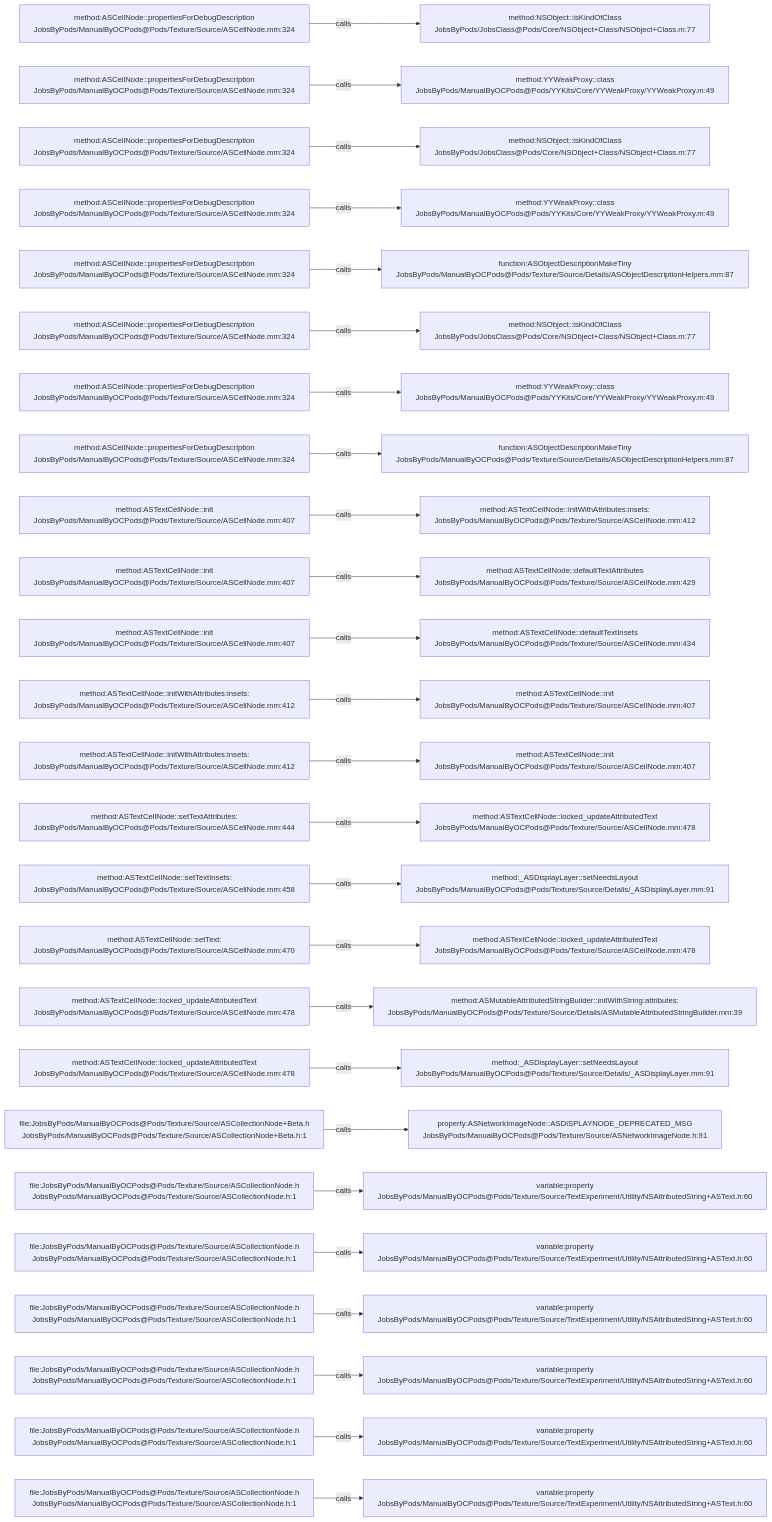
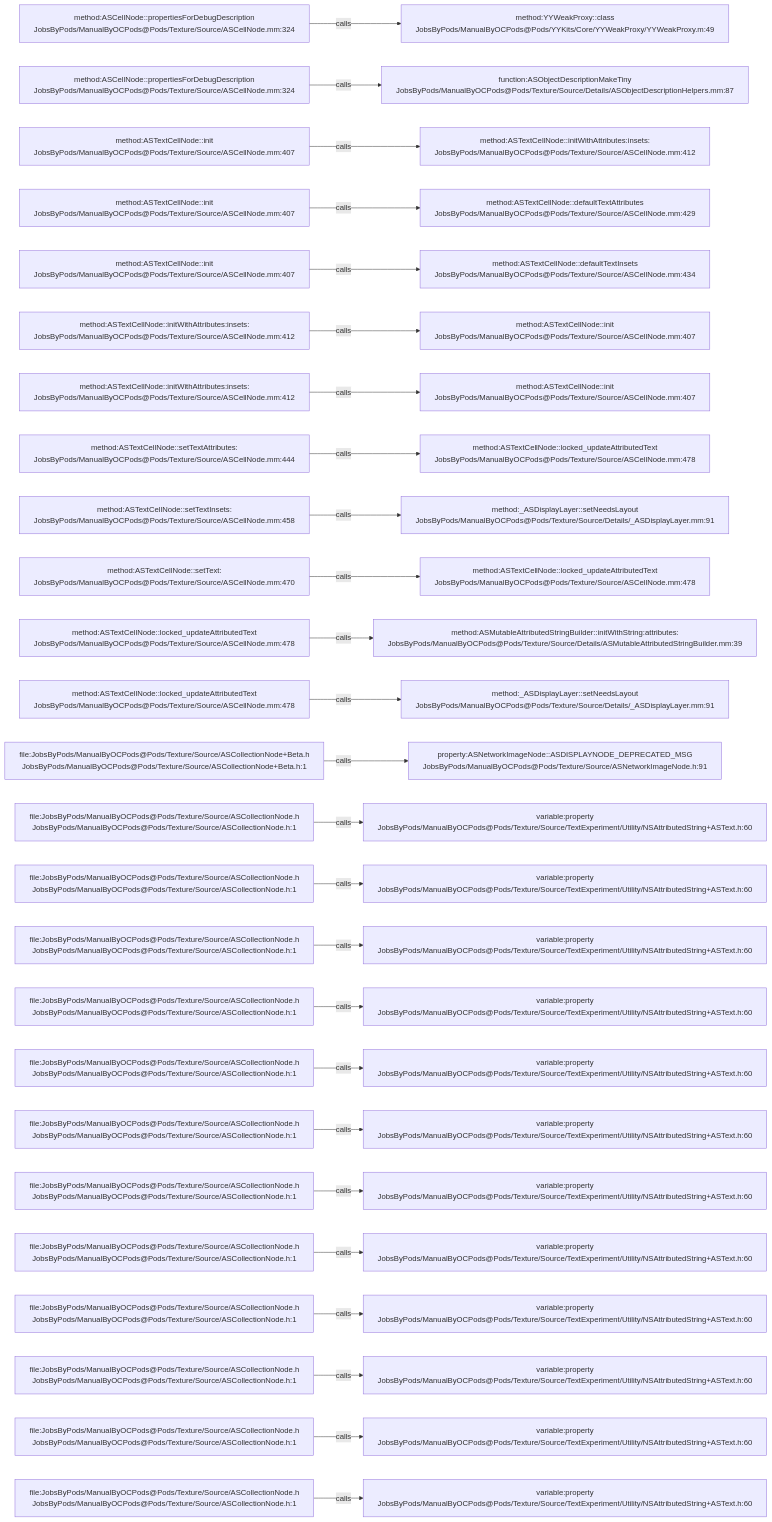
The diagram in .codegraph/codegraph.md/graphs/calls-066.md (JobsKits/JobsOCBaseConfigDemo), drawn with Mermaid before and after one commit. The commit also changed 666 other files, not shown here.

````diff
--- a/.codegraph/codegraph.md/graphs/calls-066.md
+++ b/.codegraph/codegraph.md/graphs/calls-066.md
@@ -13,78 +13,78 @@
 ```mermaid
 flowchart LR
   S1["method:ASCellNode::propertiesForDebugDescription<br/>JobsByPods/ManualByOCPods@Pods/Texture/Source/ASCellNode.mm:324"]
-  T1["method:NSObject::isKindOfClass<br/>JobsByPods/JobsClass@Pods/Core/NSObject+Class/NSObject+Class.m:77"]
+  T1["method:YYWeakProxy::class<br/>JobsByPods/ManualByOCPods@Pods/YYKits/Core/YYWeakProxy/YYWeakProxy.m:49"]
   S1 -->|calls| T1
   S2["method:ASCellNode::propertiesForDebugDescription<br/>JobsByPods/ManualByOCPods@Pods/Texture/Source/ASCellNode.mm:324"]
-  T2["method:YYWeakProxy::class<br/>JobsByPods/ManualByOCPods@Pods/YYKits/Core/YYWeakProxy/YYWeakProxy.m:49"]
+  T2["function:ASObjectDescriptionMakeTiny<br/>JobsByPods/ManualByOCPods@Pods/Texture/Source/Details/ASObjectDescriptionHelpers.mm:87"]
   S2 -->|calls| T2
-  S3["method:ASCellNode::propertiesForDebugDescription<br/>JobsByPods/ManualByOCPods@Pods/Texture/Source/ASCellNode.mm:324"]
-  T3["method:NSObject::isKindOfClass<br/>JobsByPods/JobsClass@Pods/Core/NSObject+Class/NSObject+Class.m:77"]
+  S3["method:ASTextCellNode::init<br/>JobsByPods/ManualByOCPods@Pods/Texture/Source/ASCellNode.mm:407"]
+  T3["method:ASTextCellNode::initWithAttributes:insets:<br/>JobsByPods/ManualByOCPods@Pods/Texture/Source/ASCellNode.mm:412"]
   S3 -->|calls| T3
-  S4["method:ASCellNode::propertiesForDebugDescription<br/>JobsByPods/ManualByOCPods@Pods/Texture/Source/ASCellNode.mm:324"]
-  T4["method:YYWeakProxy::class<br/>JobsByPods/ManualByOCPods@Pods/YYKits/Core/YYWeakProxy/YYWeakProxy.m:49"]
+  S4["method:ASTextCellNode::init<br/>JobsByPods/ManualByOCPods@Pods/Texture/Source/ASCellNode.mm:407"]
+  T4["method:ASTextCellNode::defaultTextAttributes<br/>JobsByPods/ManualByOCPods@Pods/Texture/Source/ASCellNode.mm:429"]
   S4 -->|calls| T4
-  S5["method:ASCellNode::propertiesForDebugDescription<br/>JobsByPods/ManualByOCPods@Pods/Texture/Source/ASCellNode.mm:324"]
-  T5["function:ASObjectDescriptionMakeTiny<br/>JobsByPods/ManualByOCPods@Pods/Texture/Source/Details/ASObjectDescriptionHelpers.mm:87"]
+  S5["method:ASTextCellNode::init<br/>JobsByPods/ManualByOCPods@Pods/Texture/Source/ASCellNode.mm:407"]
+  T5["method:ASTextCellNode::defaultTextInsets<br/>JobsByPods/ManualByOCPods@Pods/Texture/Source/ASCellNode.mm:434"]
   S5 -->|calls| T5
-  S6["method:ASCellNode::propertiesForDebugDescription<br/>JobsByPods/ManualByOCPods@Pods/Texture/Source/ASCellNode.mm:324"]
-  T6["method:NSObject::isKindOfClass<br/>JobsByPods/JobsClass@Pods/Core/NSObject+Class/NSObject+Class.m:77"]
+  S6["method:ASTextCellNode::initWithAttributes:insets:<br/>JobsByPods/ManualByOCPods@Pods/Texture/Source/ASCellNode.mm:412"]
+  T6["method:ASTextCellNode::init<br/>JobsByPods/ManualByOCPods@Pods/Texture/Source/ASCellNode.mm:407"]
   S6 -->|calls| T6
-  S7["method:ASCellNode::propertiesForDebugDescription<br/>JobsByPods/ManualByOCPods@Pods/Texture/Source/ASCellNode.mm:324"]
-  T7["method:YYWeakProxy::class<br/>JobsByPods/ManualByOCPods@Pods/YYKits/Core/YYWeakProxy/YYWeakProxy.m:49"]
+  S7["method:ASTextCellNode::initWithAttributes:insets:<br/>JobsByPods/ManualByOCPods@Pods/Texture/Source/ASCellNode.mm:412"]
+  T7["method:ASTextCellNode::init<br/>JobsByPods/ManualByOCPods@Pods/Texture/Source/ASCellNode.mm:407"]
   S7 -->|calls| T7
-  S8["method:ASCellNode::propertiesForDebugDescription<br/>JobsByPods/ManualByOCPods@Pods/Texture/Source/ASCellNode.mm:324"]
-  T8["function:ASObjectDescriptionMakeTiny<br/>JobsByPods/ManualByOCPods@Pods/Texture/Source/Details/ASObjectDescriptionHelpers.mm:87"]
+  S8["method:ASTextCellNode::setTextAttributes:<br/>JobsByPods/ManualByOCPods@Pods/Texture/Source/ASCellNode.mm:444"]
+  T8["method:ASTextCellNode::locked_updateAttributedText<br/>JobsByPods/ManualByOCPods@Pods/Texture/Source/ASCellNode.mm:478"]
   S8 -->|calls| T8
-  S9["method:ASTextCellNode::init<br/>JobsByPods/ManualByOCPods@Pods/Texture/Source/ASCellNode.mm:407"]
-  T9["method:ASTextCellNode::initWithAttributes:insets:<br/>JobsByPods/ManualByOCPods@Pods/Texture/Source/ASCellNode.mm:412"]
+  S9["method:ASTextCellNode::setTextInsets:<br/>JobsByPods/ManualByOCPods@Pods/Texture/Source/ASCellNode.mm:458"]
+  T9["method:_ASDisplayLayer::setNeedsLayout<br/>JobsByPods/ManualByOCPods@Pods/Texture/Source/Details/_ASDisplayLayer.mm:91"]
   S9 -->|calls| T9
-  S10["method:ASTextCellNode::init<br/>JobsByPods/ManualByOCPods@Pods/Texture/Source/ASCellNode.mm:407"]
-  T10["method:ASTextCellNode::defaultTextAttributes<br/>JobsByPods/ManualByOCPods@Pods/Texture/Source/ASCellNode.mm:429"]
+  S10["method:ASTextCellNode::setText:<br/>JobsByPods/ManualByOCPods@Pods/Texture/Source/ASCellNode.mm:470"]
+  T10["method:ASTextCellNode::locked_updateAttributedText<br/>JobsByPods/ManualByOCPods@Pods/Texture/Source/ASCellNode.mm:478"]
   S10 -->|calls| T10
-  S11["method:ASTextCellNode::init<br/>JobsByPods/ManualByOCPods@Pods/Texture/Source/ASCellNode.mm:407"]
-  T11["method:ASTextCellNode::defaultTextInsets<br/>JobsByPods/ManualByOCPods@Pods/Texture/Source/ASCellNode.mm:434"]
+  S11["method:ASTextCellNode::locked_updateAttributedText<br/>JobsByPods/ManualByOCPods@Pods/Texture/Source/ASCellNode.mm:478"]
+  T11["method:ASMutableAttributedStringBuilder::initWithString:attributes:<br/>JobsByPods/ManualByOCPods@Pods/Texture/Source/Details/ASMutableAttributedStringBuilder.mm:39"]
   S11 -->|calls| T11
-  S12["method:ASTextCellNode::initWithAttributes:insets:<br/>JobsByPods/ManualByOCPods@Pods/Texture/Source/ASCellNode.mm:412"]
-  T12["method:ASTextCellNode::init<br/>JobsByPods/ManualByOCPods@Pods/Texture/Source/ASCellNode.mm:407"]
+  S12["method:ASTextCellNode::locked_updateAttributedText<br/>JobsByPods/ManualByOCPods@Pods/Texture/Source/ASCellNode.mm:478"]
+  T12["method:_ASDisplayLayer::setNeedsLayout<br/>JobsByPods/ManualByOCPods@Pods/Texture/Source/Details/_ASDisplayLayer.mm:91"]
   S12 -->|calls| T12
-  S13["method:ASTextCellNode::initWithAttributes:insets:<br/>JobsByPods/ManualByOCPods@Pods/Texture/Source/ASCellNode.mm:412"]
-  T13["method:ASTextCellNode::init<br/>JobsByPods/ManualByOCPods@Pods/Texture/Source/ASCellNode.mm:407"]
+  S13["file:JobsByPods/ManualByOCPods@Pods/Texture/Source/ASCollectionNode+Beta.h<br/>JobsByPods/ManualByOCPods@Pods/Texture/Source/ASCollectionNode+Beta.h:1"]
+  T13["property:ASNetworkImageNode::ASDISPLAYNODE_DEPRECATED_MSG<br/>JobsByPods/ManualByOCPods@Pods/Texture/Source/ASNetworkImageNode.h:91"]
   S13 -->|calls| T13
-  S14["method:ASTextCellNode::setTextAttributes:<br/>JobsByPods/ManualByOCPods@Pods/Texture/Source/ASCellNode.mm:444"]
-  T14["method:ASTextCellNode::locked_updateAttributedText<br/>JobsByPods/ManualByOCPods@Pods/Texture/Source/ASCellNode.mm:478"]
+  S14["file:JobsByPods/ManualByOCPods@Pods/Texture/Source/ASCollectionNode.h<br/>JobsByPods/ManualByOCPods@Pods/Texture/Source/ASCollectionNode.h:1"]
+  T14["variable:property<br/>JobsByPods/ManualByOCPods@Pods/Texture/Source/TextExperiment/Utility/NSAttributedString+ASText.h:60"]
   S14 -->|calls| T14
-  S15["method:ASTextCellNode::setTextInsets:<br/>JobsByPods/ManualByOCPods@Pods/Texture/Source/ASCellNode.mm:458"]
-  T15["method:_ASDisplayLayer::setNeedsLayout<br/>JobsByPods/ManualByOCPods@Pods/Texture/Source/Details/_ASDisplayLayer.mm:91"]
+  S15["file:JobsByPods/ManualByOCPods@Pods/Texture/Source/ASCollectionNode.h<br/>JobsByPods/ManualByOCPods@Pods/Texture/Source/ASCollectionNode.h:1"]
+  T15["variable:property<br/>JobsByPods/ManualByOCPods@Pods/Texture/Source/TextExperiment/Utility/NSAttributedString+ASText.h:60"]
   S15 -->|calls| T15
-  S16["method:ASTextCellNode::setText:<br/>JobsByPods/ManualByOCPods@Pods/Texture/Source/ASCellNode.mm:470"]
-  T16["method:ASTextCellNode::locked_updateAttributedText<br/>JobsByPods/ManualByOCPods@Pods/Texture/Source/ASCellNode.mm:478"]
+  S16["file:JobsByPods/ManualByOCPods@Pods/Texture/Source/ASCollectionNode.h<br/>JobsByPods/ManualByOCPods@Pods/Texture/Source/ASCollectionNode.h:1"]
+  T16["variable:property<br/>JobsByPods/ManualByOCPods@Pods/Texture/Source/TextExperiment/Utility/NSAttributedString+ASText.h:60"]
   S16 -->|calls| T16
-  S17["method:ASTextCellNode::locked_updateAttributedText<br/>JobsByPods/ManualByOCPods@Pods/Texture/Source/ASCellNode.mm:478"]
-  T17["method:ASMutableAttributedStringBuilder::initWithString:attributes:<br/>JobsByPods/ManualByOCPods@Pods/Texture/Source/Details/ASMutableAttributedStringBuilder.mm:39"]
+  S17["file:JobsByPods/ManualByOCPods@Pods/Texture/Source/ASCollectionNode.h<br/>JobsByPods/ManualByOCPods@Pods/Texture/Source/ASCollectionNode.h:1"]
+  T17["variable:property<br/>JobsByPods/ManualByOCPods@Pods/Texture/Source/TextExperiment/Utility/NSAttributedString+ASText.h:60"]
   S17 -->|calls| T17
-  S18["method:ASTextCellNode::locked_updateAttributedText<br/>JobsByPods/ManualByOCPods@Pods/Texture/Source/ASCellNode.mm:478"]
-  T18["method:_ASDisplayLayer::setNeedsLayout<br/>JobsByPods/ManualByOCPods@Pods/Texture/Source/Details/_ASDisplayLayer.mm:91"]
+  S18["file:JobsByPods/ManualByOCPods@Pods/Texture/Source/ASCollectionNode.h<br/>JobsByPods/ManualByOCPods@Pods/Texture/Source/ASCollectionNode.h:1"]
+  T18["variable:property<br/>JobsByPods/ManualByOCPods@Pods/Texture/Source/TextExperiment/Utility/NSAttributedString+ASText.h:60"]
   S18 -->|calls| T18
-  S19["file:JobsByPods/ManualByOCPods@Pods/Texture/Source/ASCollectionNode+Beta.h<br/>JobsByPods/ManualByOCPods@Pods/Texture/Source/ASCollectionNode+Beta.h:1"]
-  T19["property:ASNetworkImageNode::ASDISPLAYNODE_DEPRECATED_MSG<br/>JobsByPods/ManualByOCPods@Pods/Texture/Source/ASNetworkImageNode.h:91"]
+  S19["file:JobsByPods/ManualByOCPods@Pods/Texture/Source/ASCollectionNode.h<br/>JobsByPods/ManualByOCPods@Pods/Texture/Source/ASCollectionNode.h:1"]
+  T19["variable:property<br/>JobsByPods/ManualByOCPods@Pods/Texture/Source/TextExperiment/Utility/NSAttributedString+ASText.h:60"]
   S19 -->|calls| T19
   S20["file:JobsByPods/ManualByOCPods@Pods/Texture/Source/ASCollectionNode.h<br/>JobsByPods/ManualByOCPods@Pods/Texture/Source/ASCollectionNode.h:1"]
   T20["variable:property<br/>JobsByPods/ManualByOCPods@Pods/Texture/Source/TextExperiment/Utility/NSAttributedString+ASText.h:60"]
   S20 -->|calls| T20
   S21["file:JobsByPods/ManualByOCPods@Pods/Texture/Source/ASCollectionNode.h<br/>JobsByPods/ManualByOCPods@Pods/Texture/Source/ASCollectionNode.h:1"]
   T21["variable:property<br/>JobsByPods/ManualByOCPods@Pods/Texture/Source/TextExperiment/Utility/NSAttributedString+ASText.h:60"]
   S21 -->|calls| T21
   S22["file:JobsByPods/ManualByOCPods@Pods/Texture/Source/ASCollectionNode.h<br/>JobsByPods/ManualByOCPods@Pods/Texture/Source/ASCollectionNode.h:1"]
   T22["variable:property<br/>JobsByPods/ManualByOCPods@Pods/Texture/Source/TextExperiment/Utility/NSAttributedString+ASText.h:60"]
   S22 -->|calls| T22
   S23["file:JobsByPods/ManualByOCPods@Pods/Texture/Source/ASCollectionNode.h<br/>JobsByPods/ManualByOCPods@Pods/Texture/Source/ASCollectionNode.h:1"]
   T23["variable:property<br/>JobsByPods/ManualByOCPods@Pods/Texture/Source/TextExperiment/Utility/NSAttributedString+ASText.h:60"]
   S23 -->|calls| T23
   S24["file:JobsByPods/ManualByOCPods@Pods/Texture/Source/ASCollectionNode.h<br/>JobsByPods/ManualByOCPods@Pods/Texture/Source/ASCollectionNode.h:1"]
   T24["variable:property<br/>JobsByPods/ManualByOCPods@Pods/Texture/Source/TextExperiment/Utility/NSAttributedString+ASText.h:60"]
   S24 -->|calls| T24
   S25["file:JobsByPods/ManualByOCPods@Pods/Texture/Source/ASCollectionNode.h<br/>JobsByPods/ManualByOCPods@Pods/Texture/Source/ASCollectionNode.h:1"]
   T25["variable:property<br/>JobsByPods/ManualByOCPods@Pods/Texture/Source/TextExperiment/Utility/NSAttributedString+ASText.h:60"]
   S25 -->|calls| T25
 ```
````
